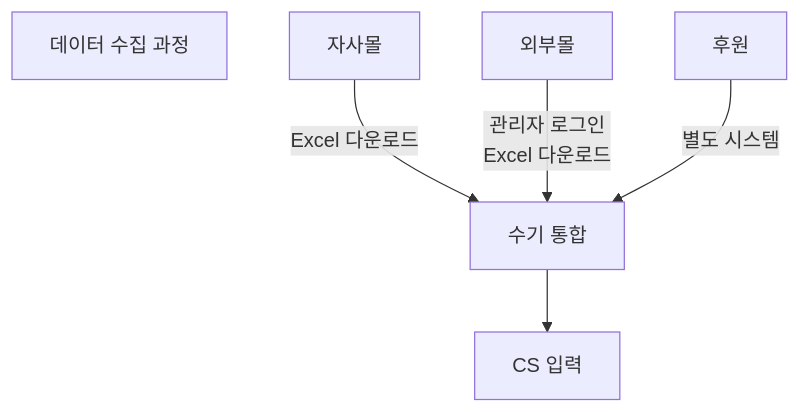
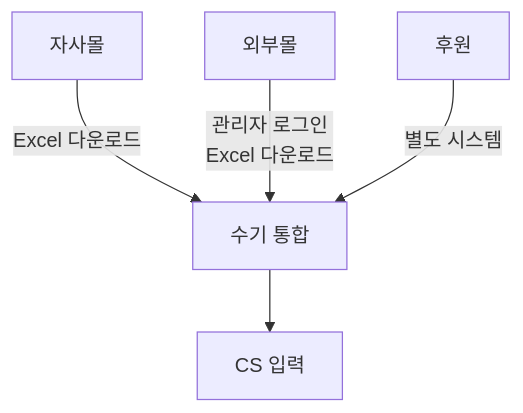
Before and after one commit to sknkwoxs/manual-book: the eighth of 10 diagrams in src/content/docs/goodthinking-isp/02-analysis/business-analysis.md, drawn with Mermaid. The commit also changed other lines of this file and 16 other files, not shown here.

````diff
--- a/src/content/docs/goodthinking-isp/02-analysis/business-analysis.md
+++ b/src/content/docs/goodthinking-isp/02-analysis/business-analysis.md
@@ -248,9 +248,7 @@
 ```mermaid
 graph TD
-    B["데이터 수집 과정"]
-    
     A1["자사몰"] -->|"Excel 다운로드"| C["수기 통합"]
     A2["외부몰"] -->|"관리자 로그인<br/>Excel 다운로드"| C
     A3["후원"] -->|"별도 시스템"| C
     C --> D["CS 입력"]
 ```
````
